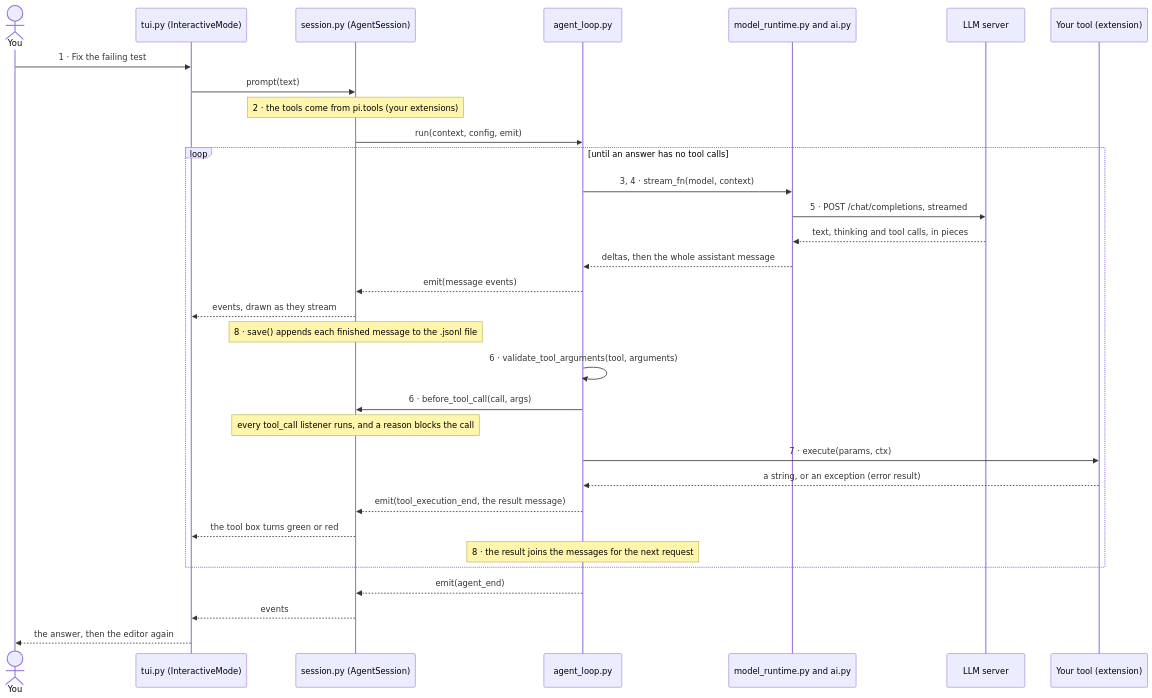
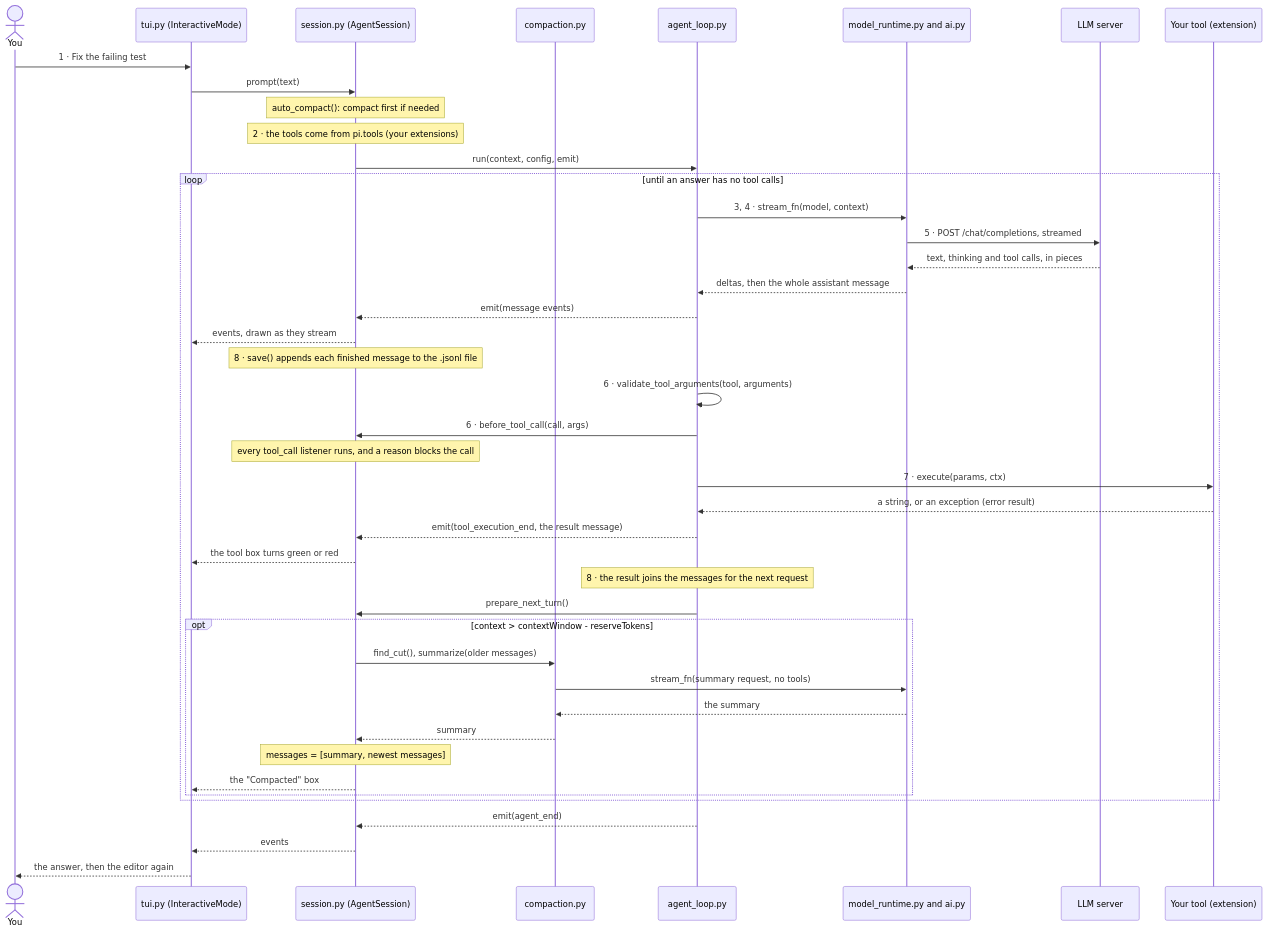
The diagram in assets/diagrams/request-sequence.mmd (windx987/pi-2), drawn with Mermaid before and after one commit. The commit also changed 7 other files, not shown here.

First line of the commit message:
docs(python): explain /compact and draw compaction in the diagrams

```diff
--- a/assets/diagrams/request-sequence.mmd
+++ b/assets/diagrams/request-sequence.mmd
@@ -1,35 +1,46 @@
 %% Source for request-sequence.svg. Render from assets/diagrams/:
 %% npx @mermaid-js/mermaid-cli@11.4.0 -i request-sequence.mmd -o request-sequence.svg -c mermaid.config.json -b white
 sequenceDiagram
     actor You
     participant TUI as tui.py (InteractiveMode)
     participant Session as session.py (AgentSession)
+    participant Compaction as compaction.py
     participant AgentLoop as agent_loop.py
     participant Model as model_runtime.py and ai.py
     participant LLM as LLM server
     participant Tool as Your tool (extension)
 
     You->>TUI: 1 · Fix the failing test
     TUI->>Session: prompt(text)
+    Note over Session: auto_compact(): compact first if needed
     Note over Session: 2 · the tools come from pi.tools (your extensions)
     Session->>AgentLoop: run(context, config, emit)
     loop until an answer has no tool calls
         AgentLoop->>Model: 3, 4 · stream_fn(model, context)
         Model->>LLM: 5 · POST /chat/completions, streamed
         LLM-->>Model: text, thinking and tool calls, in pieces
         Model-->>AgentLoop: deltas, then the whole assistant message
         AgentLoop-->>Session: emit(message events)
         Session-->>TUI: events, drawn as they stream
         Note over Session: 8 · save() appends each finished message to the .jsonl file
         AgentLoop->>AgentLoop: 6 · validate_tool_arguments(tool, arguments)
         AgentLoop->>Session: 6 · before_tool_call(call, args)
         Note over Session: every tool_call listener runs, and a reason blocks the call
         AgentLoop->>Tool: 7 · execute(params, ctx)
         Tool-->>AgentLoop: a string, or an exception (error result)
         AgentLoop-->>Session: emit(tool_execution_end, the result message)
         Session-->>TUI: the tool box turns green or red
         Note over AgentLoop: 8 · the result joins the messages for the next request
+        AgentLoop->>Session: prepare_next_turn()
+        opt context > contextWindow - reserveTokens
+            Session->>Compaction: find_cut(), summarize(older messages)
+            Compaction->>Model: stream_fn(summary request, no tools)
+            Model-->>Compaction: the summary
+            Compaction-->>Session: summary
+            Note over Session: messages = [summary, newest messages]
+            Session-->>TUI: the "Compacted" box
+        end
     end
     AgentLoop-->>Session: emit(agent_end)
     Session-->>TUI: events
     TUI-->>You: the answer, then the editor again
```
